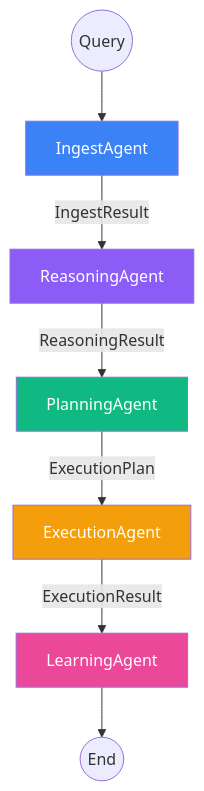
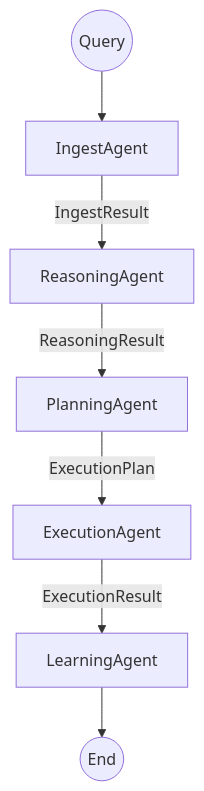
The diagram in README.md (phunhph/agentic_ai), drawn with Mermaid before and after one commit. The commit also changed other lines of this file, not shown here.

````diff
--- a/README.md
+++ b/README.md
@@ -10,15 +10,9 @@
 ```mermaid
 graph TD
     Start((Query)) --> Ingest[IngestAgent]
     Ingest -- IngestResult --> Reason[ReasoningAgent]
     Reason -- ReasoningResult --> Plan[PlanningAgent]
     Plan -- ExecutionPlan --> Execute[ExecutionAgent]
     Execute -- ExecutionResult --> Learn[LearningAgent]
     Learn --> End((End))
-    
-    style Ingest fill:#3b82f6,color:#fff
-    style Reason fill:#8b5cf6,color:#fff
-    style Plan fill:#10b981,color:#fff
-    style Execute fill:#f59e0b,color:#fff
-    style Learn fill:#ec4899,color:#fff
 ```
````
